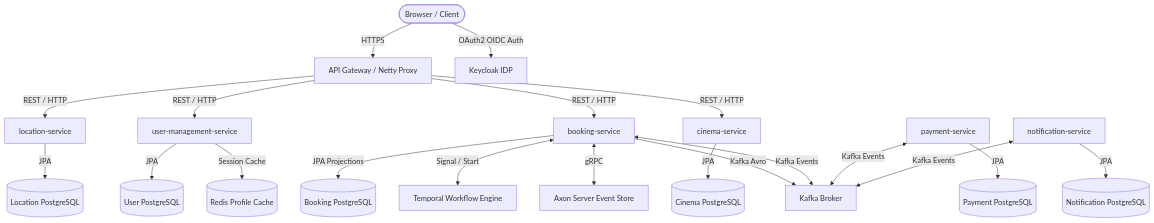
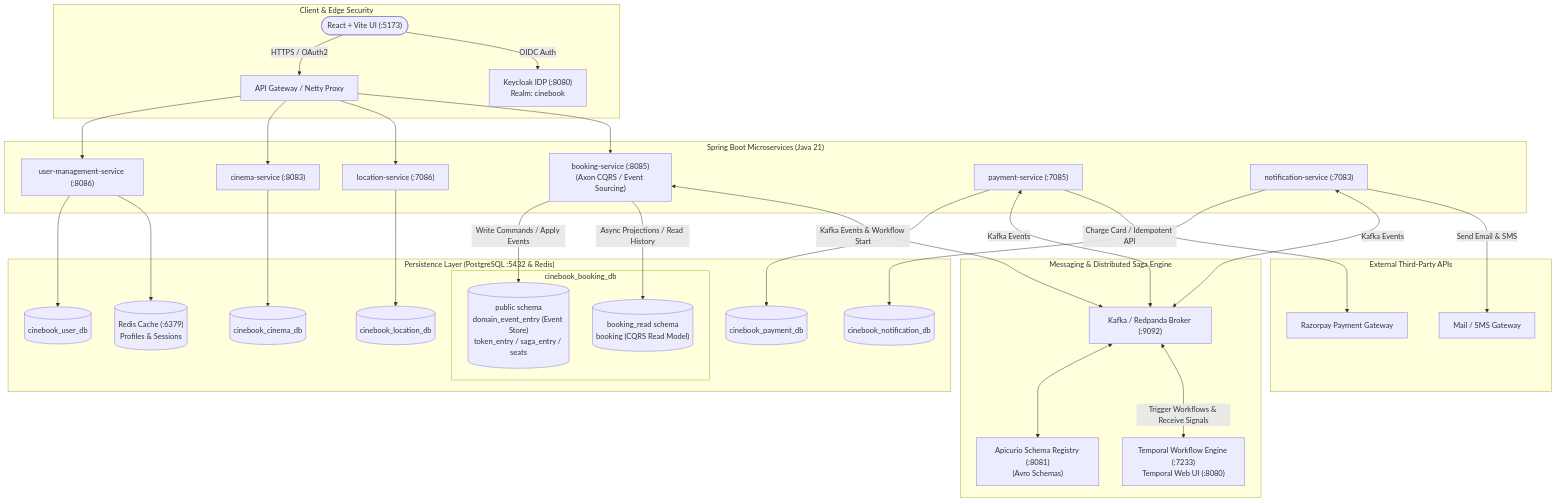
Before and after one commit to KrishnaPaliwal/CineBook: the second of 5 diagrams in high_level_design.md, drawn with Mermaid. The commit also changed other lines of this file, not shown here.

First line of the commit message:
Revise high-level design with diagrams and sequences

````diff
--- a/high_level_design.md
+++ b/high_level_design.md
@@ -29,32 +54,78 @@
 ```mermaid
 graph TD
-    %% Edge Layer
-    User([Browser / Client]) -->|HTTPS| Gateway[API Gateway / Netty Proxy]
-    User -->|OAuth2 OIDC Auth| Keycloak[Keycloak IDP]
+    %% Clients & Security
+    subgraph ClientLayer ["Client & Edge Security"]
+        Client(["React + Vite UI (:5173)"])
+        Gateway["API Gateway / Netty Proxy"]
+        Keycloak["Keycloak IDP (:8080)<br/>Realm: cinebook"]
+    end
 
-    %% Gateway Routing Paths
-    Gateway -->|REST / HTTP| Cinema[cinema-service]
-    Gateway -->|REST / HTTP| Booking[booking-service]
-    Gateway -->|REST / HTTP| UserMgmt[user-management-service]
-    Gateway -->|REST / HTTP| Location[location-service]
+    %% Microservices
+    subgraph Services ["Spring Boot Microservices (Java 21)"]
+        UMS["user-management-service (:8086)"]
+        CS["cinema-service (:8083)"]
+        LS["location-service (:7086)"]
+        BS["booking-service (:8085)<br/>(Axon CQRS / Event Sourcing)"]
+        PS["payment-service (:7085)"]
+        NS["notification-service (:7083)"]
+    end
 
-    %% Internal Communication & Event Stores
-    Booking <-->|gRPC| Axon[Axon Server Event Store]
-    Booking -->|Kafka Avro| Kafka[Kafka Broker]
-    Booking <-->|Signal / Start| Temporal[Temporal Workflow Engine]
-    Booking <-->|Kafka Events| Kafka
-    
-    Payment[payment-service] <-->|Kafka Events| Kafka
-    Notification[notification-service] <-->|Kafka Events| Kafka
+    %% Eventing & Saga Orchestration
+    subgraph Messaging ["Messaging & Distributed Saga Engine"]
+        Kafka["Kafka / Redpanda Broker (:9092)"]
+        Apicurio["Apicurio Schema Registry (:8081)<br/>(Avro Schemas)"]
+        Temporal["Temporal Workflow Engine (:7233)<br/>Temporal Web UI (:8080)"]
+    end
 
-    %% Storage Layer
-    UserMgmt -->|Session Cache| Redis[(Redis Profile Cache)]
-    UserMgmt -->|JPA| UserDB[(User PostgreSQL)]
-    
-    Cinema -->|JPA| CinemaDB[(Cinema PostgreSQL)]
-    
-    Location -->|JPA| LocationDB[(Location PostgreSQL)]
-    Booking -->|JPA Projections| BookingDB[(Booking PostgreSQL)]
-    Payment -->|JPA| PaymentDB[(Payment PostgreSQL)]
-    Notification -->|JPA| NotificationDB[(Notification PostgreSQL)]
+    %% Persistence Layer
+    subgraph Storage ["Persistence Layer (PostgreSQL :5432 & Redis)"]
+        Redis[("Redis Cache (:6379)<br/>Profiles & Sessions")]
+        UserDB[("cinebook_user_db")]
+        CinemaDB[("cinebook_cinema_db")]
+        LocationDB[("cinebook_location_db")]
+        
+        subgraph BookingDBSchema ["cinebook_booking_db"]
+            WriteDB[("public schema<br/>domain_event_entry (Event Store)<br/>token_entry / saga_entry / seats")]
+            ReadDB[("booking_read schema<br/>booking (CQRS Read Model)")]
+        end
+
+        PaymentDB[("cinebook_payment_db")]
+        NotificationDB[("cinebook_notification_db")]
+    end
+
+    %% External Systems
+    subgraph External ["External Third-Party APIs"]
+        Razorpay["Razorpay Payment Gateway"]
+        SMTP["Mail / SMS Gateway"]
+    end
+
+    %% Client / Security Connections
+    Client -->|HTTPS / OAuth2| Gateway
+    Client -->|OIDC Auth| Keycloak
+    Gateway --> UMS
+    Gateway --> CS
+    Gateway --> LS
+    Gateway --> BS
+
+    %% Service to Database Connections
+    UMS --> UserDB
+    UMS --> Redis
+    CS --> CinemaDB
+    LS --> LocationDB
+    BS -->|Write Commands / Apply Events| WriteDB
+    BS -->|Async Projections / Read History| ReadDB
+    PS --> PaymentDB
+    NS --> NotificationDB
+
+    %% Integration & Orchestration Connections
+    BS <-->|Kafka Events & Workflow Start| Kafka
+    Kafka <--> Apicurio
+    Kafka <-->|Trigger Workflows & Receive Signals| Temporal
+    PS <-->|Kafka Events| Kafka
+    NS <-->|Kafka Events| Kafka
+
+    %% External API Connections
+    PS -->|Charge Card / Idempotent API| Razorpay
+    NS -->|Send Email & SMS| SMTP
+
 ```
````
